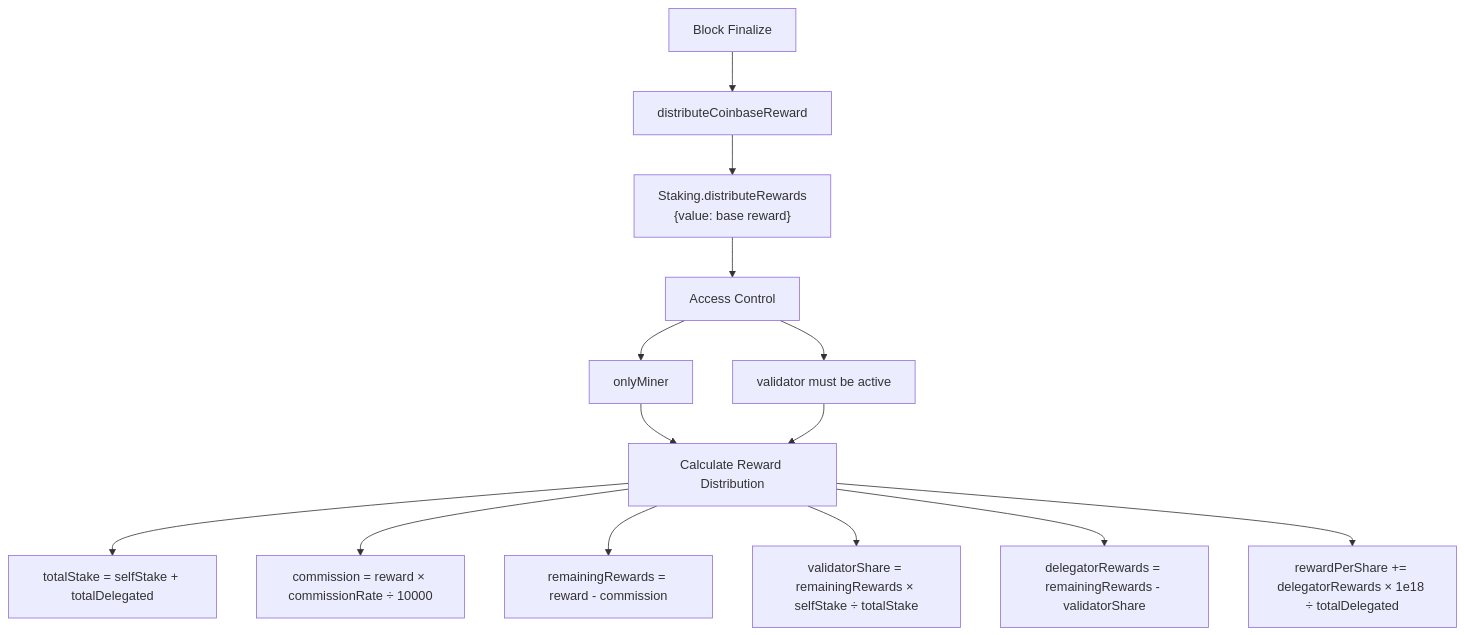
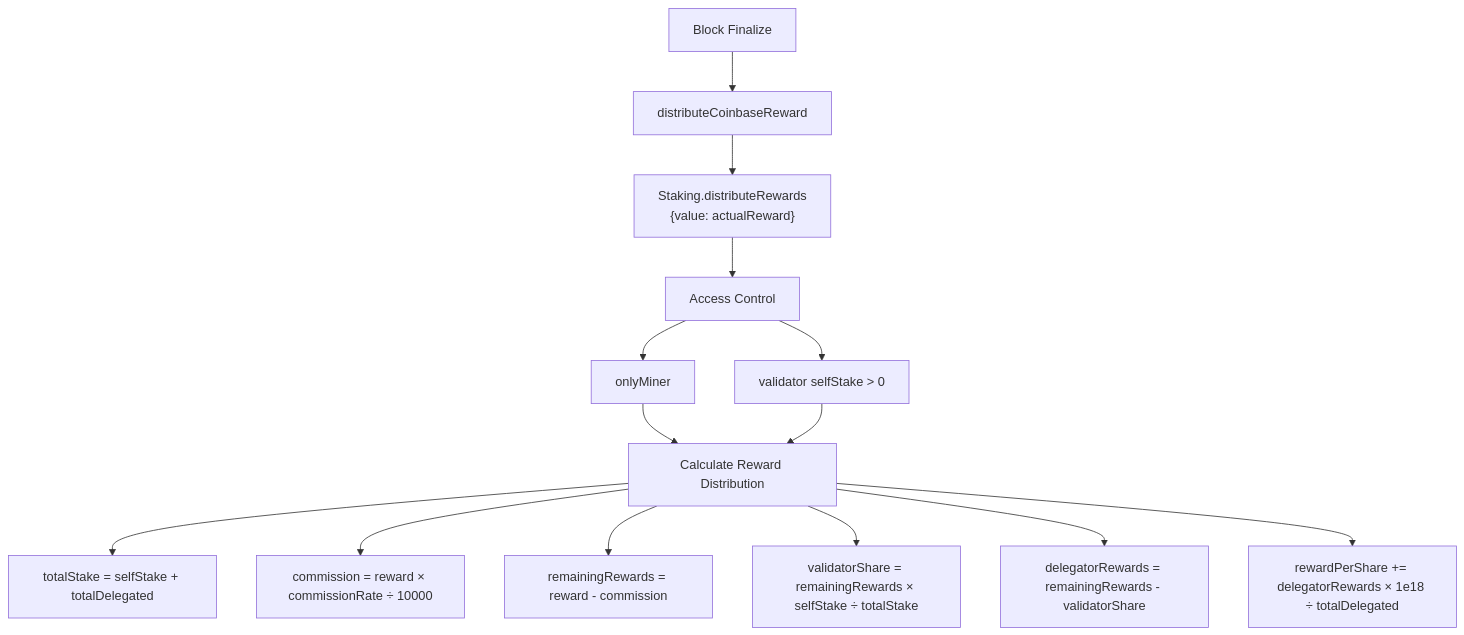
Before and after one commit to juchain-network/chain-contract: the ninth of 13 diagrams in docs/posa-tech-spec.md, drawn with Mermaid. The commit also changed other lines of this file and 8 other files, not shown here.

````diff
--- a/docs/posa-tech-spec.md
+++ b/docs/posa-tech-spec.md
@@ -858,18 +860,18 @@
 ```mermaid
 graph TD
     %% Block Reward Distribution Flow
     A[Block Finalize] --> B[distributeCoinbaseReward]
-    B --> C[Staking.distributeRewards<br/>#123;value: base reward#125;]
+    B --> C[Staking.distributeRewards<br/>#123;value: actualReward#125;]
     C --> D[Access Control]
     D --> D1[onlyMiner]
-    D --> D2[validator must be active]
+    D --> D2[validator selfStake > 0]
     D1 --> E
     D2 --> E
     
     E[Calculate Reward Distribution] --> E1[totalStake = selfStake + totalDelegated]
     E --> E2[commission = reward #215; commissionRate #247; 10000]
     E --> E3[remainingRewards = reward - commission]
     E --> E4[validatorShare = remainingRewards #215; selfStake #247; totalStake]
     E --> E5[delegatorRewards = remainingRewards - validatorShare]
     E --> E6[rewardPerShare += delegatorRewards #215; 1e18 #247; totalDelegated]
 ```
````
